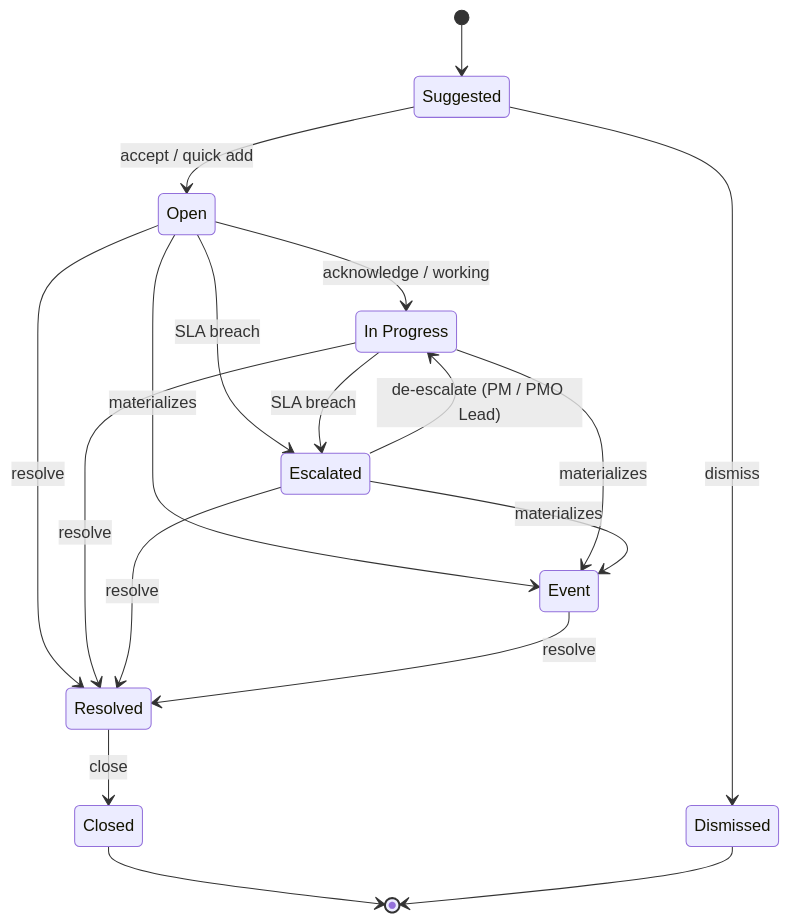
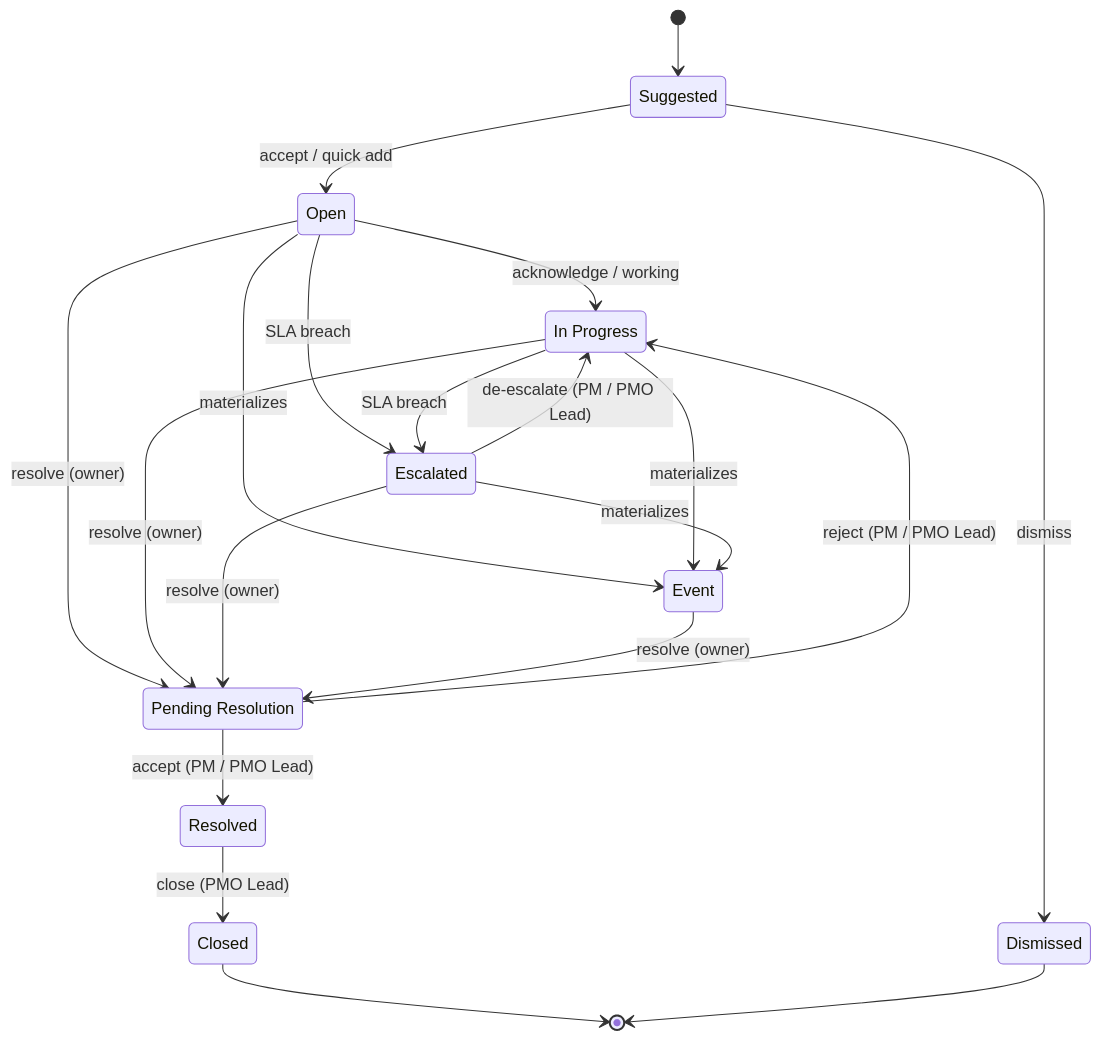
Before and after one commit to BelloOlawale/Pmo-risk-reccurrence: the tenth of 11 diagrams in PROCESS_FLOW.md, drawn with Mermaid. The commit also changed other lines of this file and 29 other files, not shown here.

First line of the commit message:
feat(ui,risk): enterprise sign-in redesign + pending-resolution workflow

````diff
--- a/PROCESS_FLOW.md
+++ b/PROCESS_FLOW.md
@@ -332,22 +336,25 @@
 ```mermaid
 stateDiagram-v2
     [*] --> Suggested
     Suggested --> Open : accept / quick add
     Suggested --> Dismissed : dismiss
     Open --> InProgress : acknowledge / working
     Open --> Escalated : SLA breach
     Open --> Event : materializes
-    Open --> Resolved : resolve
+    Open --> PendingResolution : resolve (owner)
     InProgress --> Escalated : SLA breach
     InProgress --> Event : materializes
-    InProgress --> Resolved : resolve
+    InProgress --> PendingResolution : resolve (owner)
     Escalated --> InProgress : de-escalate (PM / PMO Lead)
     Escalated --> Event : materializes
-    Escalated --> Resolved : resolve
-    Event --> Resolved : resolve
-    Resolved --> Closed : close
+    Escalated --> PendingResolution : resolve (owner)
+    Event --> PendingResolution : resolve (owner)
+    PendingResolution --> Resolved : accept (PM / PMO Lead)
+    PendingResolution --> InProgress : reject (PM / PMO Lead)
+    Resolved --> Closed : close (PMO Lead)
     Closed --> [*]
     Dismissed --> [*]
 
     state "In Progress" as InProgress
+    state "Pending Resolution" as PendingResolution
 ```
````
